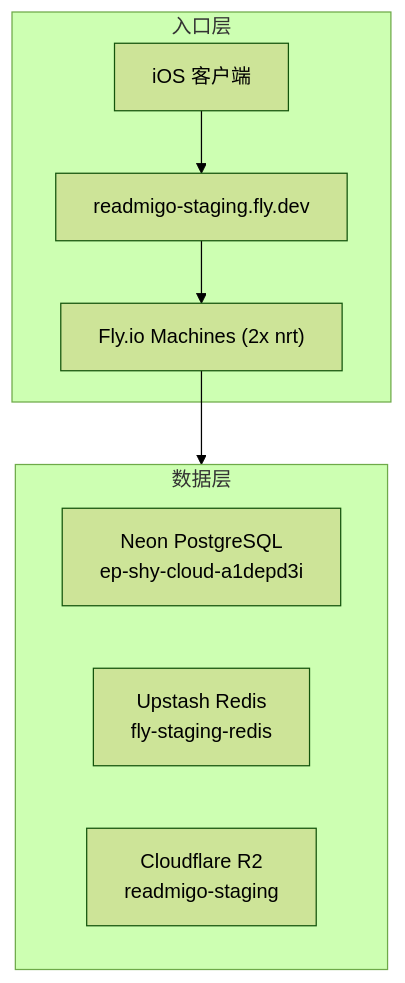
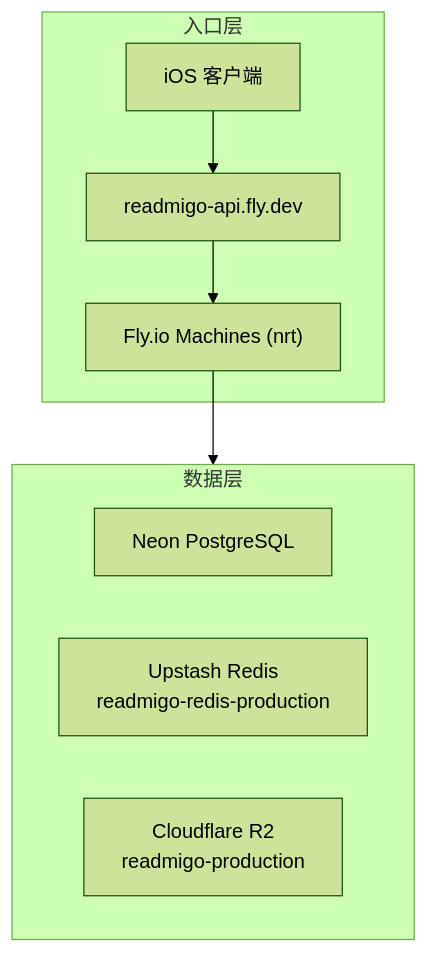
The second of 2 diagrams in 10-pipeline/execution-logs/P003-environment-integrity-check.md (readmigo/docs), drawn with Mermaid (forest theme) before and after one commit. The commit also changed other lines of this file and 27 other files, not shown here.

First line of the commit message:
audit: remove code snippets, update to 2-env architecture across operations and pipeline docs

````diff
--- a/10-pipeline/execution-logs/P003-environment-integrity-check.md
+++ b/10-pipeline/execution-logs/P003-environment-integrity-check.md
@@ -49,12 +51,12 @@
 ```mermaid
 flowchart TD
     subgraph entry["入口层"]
-        iOS["iOS 客户端"] --> Fly["readmigo-staging.fly.dev"] --> Machines["Fly.io Machines (2x nrt)"]
+        iOS["iOS 客户端"] --> Fly["readmigo-api.fly.dev"] --> Machines["Fly.io Machines (nrt)"]
     end
     Machines --> data
     subgraph data["数据层"]
-        Neon["Neon PostgreSQL<br>ep-shy-cloud-a1depd3i"]
-        Redis["Upstash Redis<br>fly-staging-redis"]
-        R2["Cloudflare R2<br>readmigo-staging"]
+        Neon["Neon PostgreSQL"]
+        Redis["Upstash Redis<br>readmigo-redis-production"]
+        R2["Cloudflare R2<br>readmigo-production"]
     end
 ```
````
